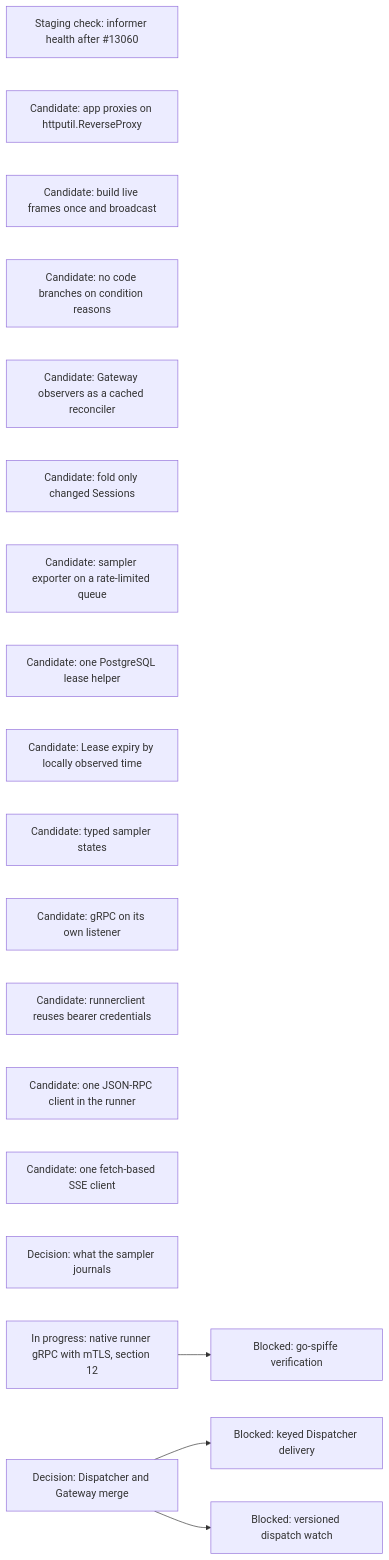
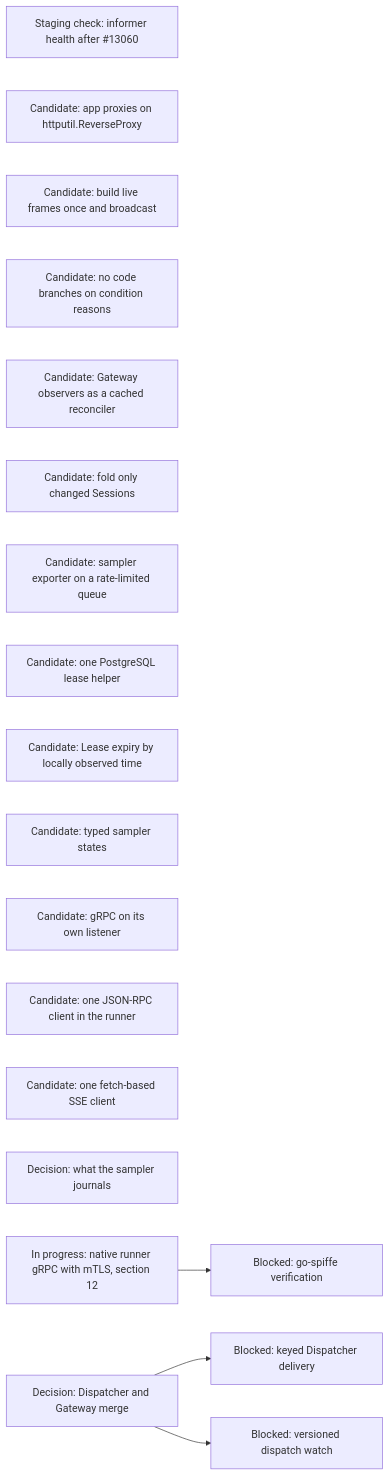
Diagram 18 of 18 in agentplane/plans/task_dag.md (agentydragon/ducktape), drawn with Mermaid before and after one commit. The commit also changed other lines of this file and 9 other files, not shown here.

First line of the commit message:
agentplane: runnerclient and central sampler client dial through grpc/bearer

````diff
--- a/agentplane/plans/task_dag.md
+++ b/agentplane/plans/task_dag.md
@@ -1924,21 +1924,20 @@
 ```mermaid
 flowchart LR
     KUBERNETES_NATIVE_WATCH_HEALTH[Staging check: informer health after #13060]
     APP_PROXY_REVERSE_PROXY[Candidate: app proxies on httputil.ReverseProxy]
     APP_LIVE_FRAME_BROADCAST[Candidate: build live frames once and broadcast]
     CONDITION_REASONS_NOT_STATE[Candidate: no code branches on condition reasons]
     GATEWAY_OBSERVER_RECONCILER[Candidate: Gateway observers as a cached reconciler]
     HISTORY_FOLD_DIRTY_QUEUE[Candidate: fold only changed Sessions]
     SAMPLER_EXPORTER_WORKQUEUE[Candidate: sampler exporter on a rate-limited queue]
     POSTGRES_LEASE_HELPER[Candidate: one PostgreSQL lease helper]
     LEASE_OBSERVED_TIME[Candidate: Lease expiry by locally observed time]
     SAMPLER_TYPED_STATE[Candidate: typed sampler states]
     GRPC_NATIVE_LISTENER[Candidate: gRPC on its own listener]
-    RUNNERCLIENT_PER_RPC_CREDENTIALS[Candidate: runnerclient reuses bearer credentials]
     RUNNER_JSONRPC[Candidate: one JSON-RPC client in the runner]
     FRONTEND_SSE_CLIENT[Candidate: one fetch-based SSE client]
     SAMPLER_JOURNAL_DIET[Decision: what the sampler journals]
     RUNNER_CONTROL_TRANSPORT_DESIGN[In progress: native runner gRPC with mTLS, section 12] --> RUNNER_MTLS_GO_SPIFFE[Blocked: go-spiffe verification]
     DISPATCHER_PERSISTENCE_MODEL_DESIGN[Decision: Dispatcher and Gateway merge] --> DISPATCHER_KEYED_DELIVERY[Blocked: keyed Dispatcher delivery]
     DISPATCHER_PERSISTENCE_MODEL_DESIGN --> DISPATCHER_WATCH_VERSIONS[Blocked: versioned dispatch watch]
 ```
````
